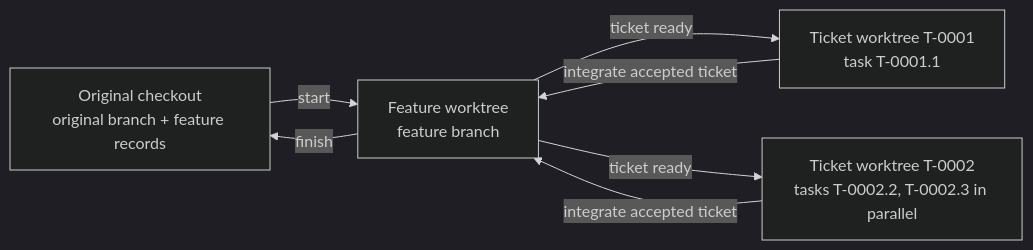
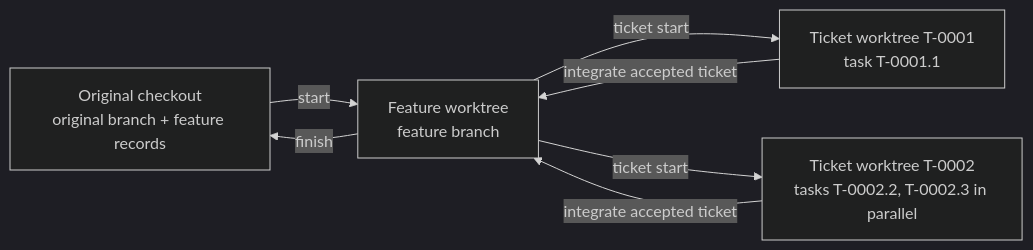
The second of 7 diagrams in SDD-WORKFLOWS.md (UseTheFork/spindle), drawn with Mermaid (dark theme) before and after one commit. The commit also changed other lines of this file, not shown here.

Commit message:
feat: clarify task readiness criteria and enhance ticket workflow details

````diff
--- a/SDD-WORKFLOWS.md
+++ b/SDD-WORKFLOWS.md
@@ -185,13 +187,13 @@
 ```mermaid
 flowchart LR
     O["Original checkout<br/>original branch + feature records"]
     F["Feature worktree<br/>feature branch"]
     T1["Ticket worktree T-0001<br/>task T-0001.1"]
     T2["Ticket worktree T-0002<br/>tasks T-0002.2, T-0002.3 in parallel"]
     O -->|"start"| F
-    F -->|"ticket ready"| T1
-    F -->|"ticket ready"| T2
+    F -->|"ticket start"| T1
+    F -->|"ticket start"| T2
     T1 -->|"integrate accepted ticket"| F
     T2 -->|"integrate accepted ticket"| F
     F -->|"finish"| O
 ```
````
